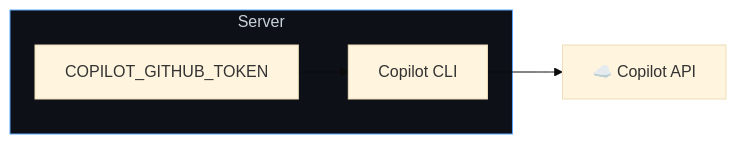
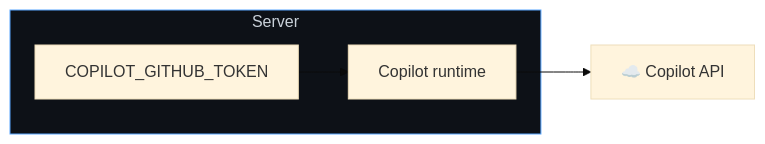
The third of 5 diagrams in docs/setup/backend-services.md (jeremiahjordanisaacson/copilot-sdk-supercharged), drawn with Mermaid (base theme) before and after one commit. The commit also changed other lines of this file and 35 other files, not shown here.

````diff
--- a/docs/setup/backend-services.md
+++ b/docs/setup/backend-services.md
@@ -381,12 +391,12 @@
 ```mermaid
 flowchart LR
     subgraph Server
         EnvVar["COPILOT_GITHUB_TOKEN"]
-        CLI["Copilot CLI"]
+        Runtime["Copilot runtime"]
     end
 
-    EnvVar --> CLI
-    CLI --> Copilot["☁️ Copilot API"]
+    EnvVar --> Runtime
+    Runtime --> Copilot["☁️ Copilot API"]
 
     style Server fill:#0d1117,stroke:#58a6ff,color:#c9d1d9
 ```
````
